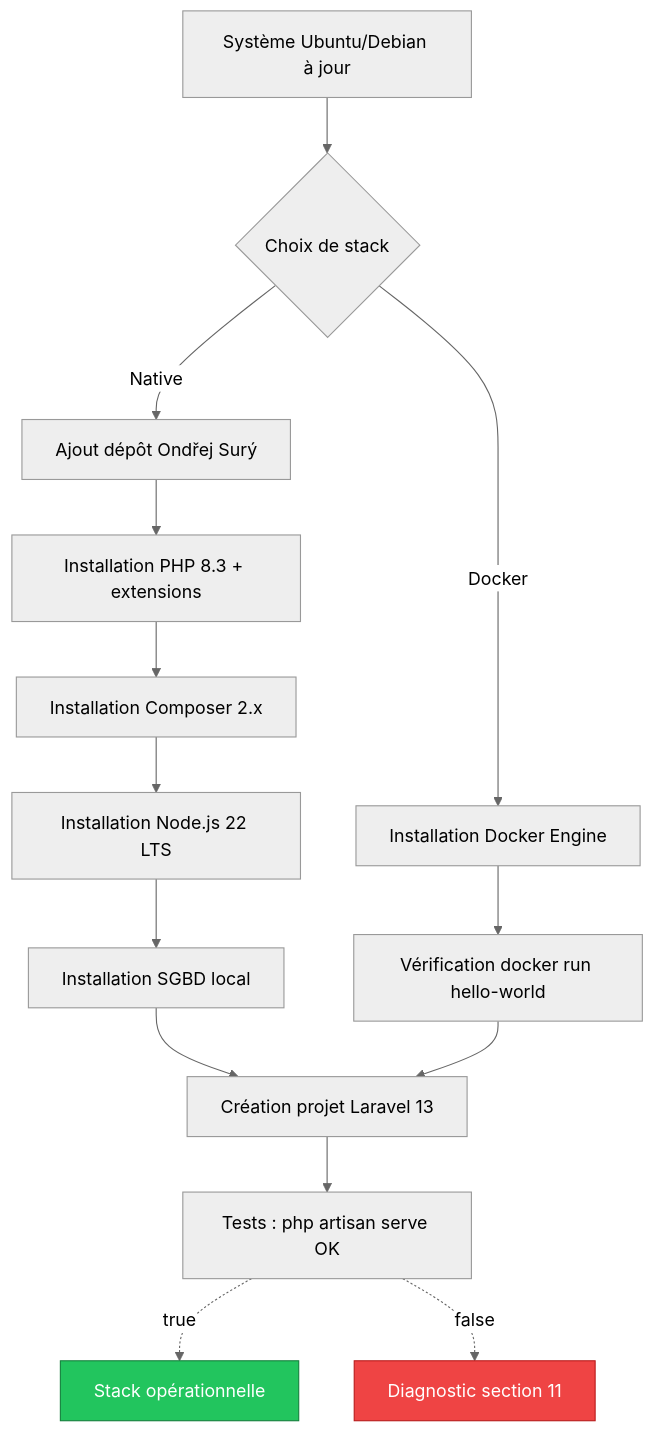
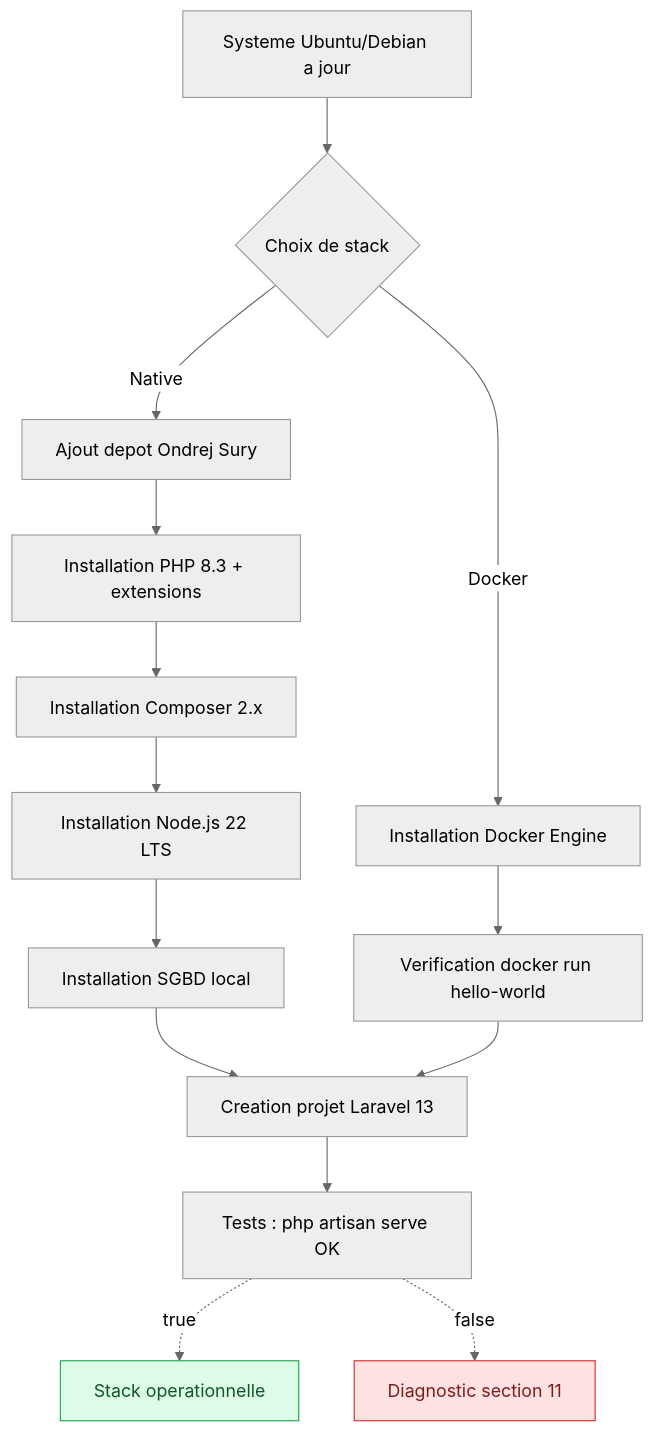
Before and after one commit to zyrass/omnydocs: the diagram in docs/dev-cloud/frameworks/laravel/chapitre-00/07-installation-linux.md, drawn with Mermaid. The commit also changed 14 other files, not shown here.

Commit message:
feat: ajout d'une nouvelle formation laravel 13

````diff
--- a/docs/dev-cloud/frameworks/laravel/chapitre-00/07-installation-linux.md
+++ b/docs/dev-cloud/frameworks/laravel/chapitre-00/07-installation-linux.md
@@ -77,23 +77,20 @@
 ```mermaid
----
-config:
-  theme: neutral
----
+%%{init: {'theme':'neutral'}}%%
 flowchart TD
-    A[Système Ubuntu/Debian à jour] --> B{Choix de stack}
-    B -->|Native| C[Ajout dépôt Ondřej Surý]
+    A[Systeme Ubuntu/Debian a jour] --> B{Choix de stack}
+    B -->|Native| C[Ajout depot Ondrej Sury]
     B -->|Docker| D[Installation Docker Engine]
     C --> E[Installation PHP 8.3 + extensions]
     E --> F[Installation Composer 2.x]
     F --> G[Installation Node.js 22 LTS]
     G --> H[Installation SGBD local]
-    D --> I[Vérification docker run hello-world]
-    H --> J[Création projet Laravel 13]
+    D --> I[Verification docker run hello-world]
+    H --> J[Creation projet Laravel 13]
     I --> J
     J --> K[Tests : php artisan serve OK]
-    K -.true.-> L[Stack opérationnelle]
+    K -.true.-> L[Stack operationnelle]
     K -.false.-> M[Diagnostic section 11]
 
-    style L fill:#22c55e,stroke:#15803d,color:#fff
-    style M fill:#ef4444,stroke:#b91c1c,color:#fff
+    style L fill:#dcfce7,stroke:#16a34a,color:#14532d
+    style M fill:#fee2e2,stroke:#dc2626,color:#7f1d1d
 ```
````
